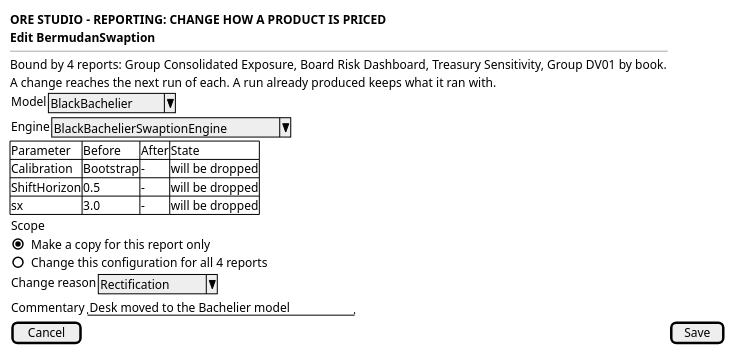
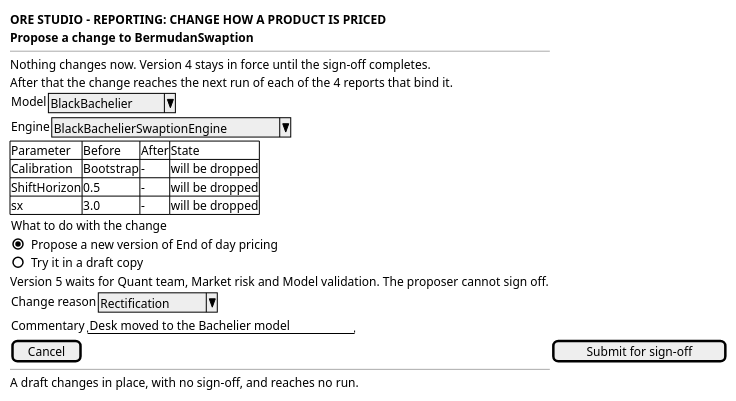
Before and after one commit to OreStudio/OreStudio: the diagram in doc/knowledge/journeys/reporting/wireframe_change_how_a_product_is_priced.puml, drawn with PlantUML. The commit also changed 31 other files, not shown here.

```diff
--- a/doc/knowledge/journeys/reporting/wireframe_change_how_a_product_is_priced.puml
+++ b/doc/knowledge/journeys/reporting/wireframe_change_how_a_product_is_priced.puml
@@ -18,28 +18,31 @@
 @startuml
 
 salt
 {
   <b>ORE STUDIO - REPORTING: CHANGE HOW A PRODUCT IS PRICED</b>
-  <b>Edit BermudanSwaption</b>
+  <b>Propose a change to BermudanSwaption</b>
   --
-  Bound by 4 reports: Group Consolidated Exposure, Board Risk Dashboard, Treasury Sensitivity, Group DV01 by book.
-  A change reaches the next run of each. A run already produced keeps what it ran with.
+  Nothing changes now. Version 4 stays in force until the sign-off completes.
+  After that the change reaches the next run of each of the 4 reports that bind it.
   { Model | ^BlackBachelier^ }
   { Engine | ^BlackBachelierSwaptionEngine^ }
   {#
     Parameter | Before | After | State
     Calibration | Bootstrap | - | will be dropped
     ShiftHorizon | 0.5 | - | will be dropped
     sx | 3.0 | - | will be dropped
   }
   {
-    Scope
-    (X) Make a copy for this report only
-    ( ) Change this configuration for all 4 reports
+    What to do with the change
+    (X) Propose a new version of End of day pricing
+    ( ) Try it in a draft copy
   }
+  Version 5 waits for Quant team, Market risk and Model validation. The proposer cannot sign off.
   { Change reason | ^Rectification^ }
   { Commentary | "Desk moved to the Bachelier model" }
-  [ Cancel ] | [ Save ]
+  [ Cancel ] | [ Submit for sign-off ]
+  --
+  A draft changes in place, with no sign-off, and reaches no run.
 }
 
 @enduml
```
